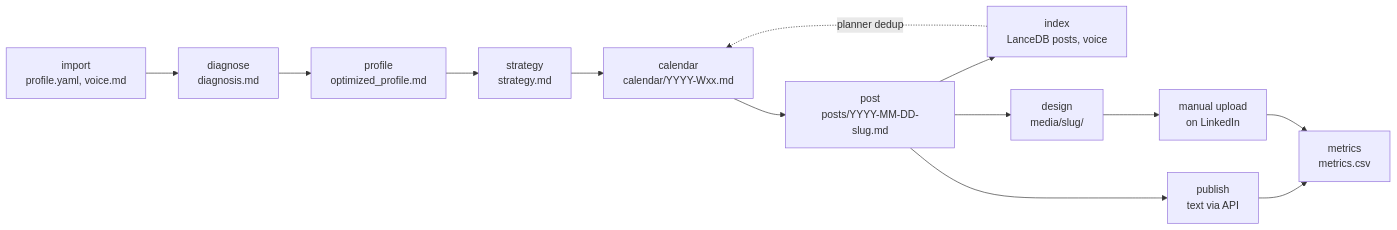
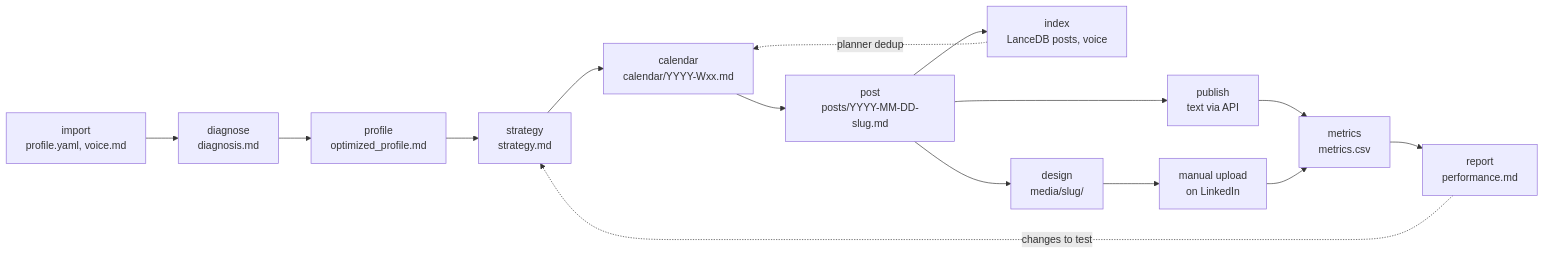
Before and after one commit to gabrantoniette/linkedin-growth-agents: the second of 6 diagrams in docs/CODEBASE_MAP.md, drawn with Mermaid. The commit also changed other lines of this file and 20 other files, not shown here.

````diff
--- a/docs/CODEBASE_MAP.md
+++ b/docs/CODEBASE_MAP.md
@@ -86,15 +86,17 @@
 ```mermaid
 graph LR
     Import["import<br/>profile.yaml, voice.md"] --> Diagnose["diagnose<br/>diagnosis.md"]
     Diagnose --> Rewrite["profile<br/>optimized_profile.md"]
     Rewrite --> Strategy["strategy<br/>strategy.md"]
     Strategy --> Calendar["calendar<br/>calendar/YYYY-Wxx.md"]
     Calendar --> Post["post<br/>posts/YYYY-MM-DD-slug.md"]
     Post --> Index["index<br/>LanceDB posts, voice"]
     Index -.->|"planner dedup"| Calendar
     Post --> Design["design<br/>media/slug/"]
     Post --> Publish["publish<br/>text via API"]
     Design --> Manual["manual upload<br/>on LinkedIn"]
     Publish --> Metrics["metrics<br/>metrics.csv"]
     Manual --> Metrics
+    Metrics --> Report["report<br/>performance.md"]
+    Report -.->|"changes to test"| Strategy
 ```
````
